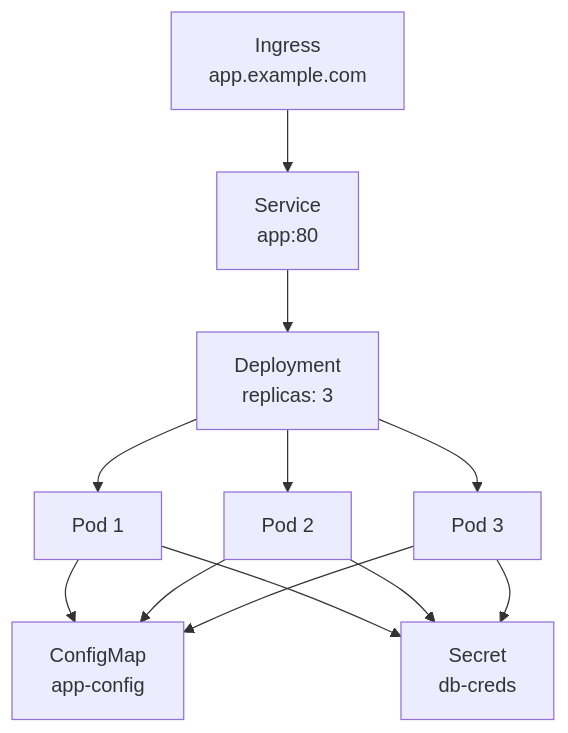
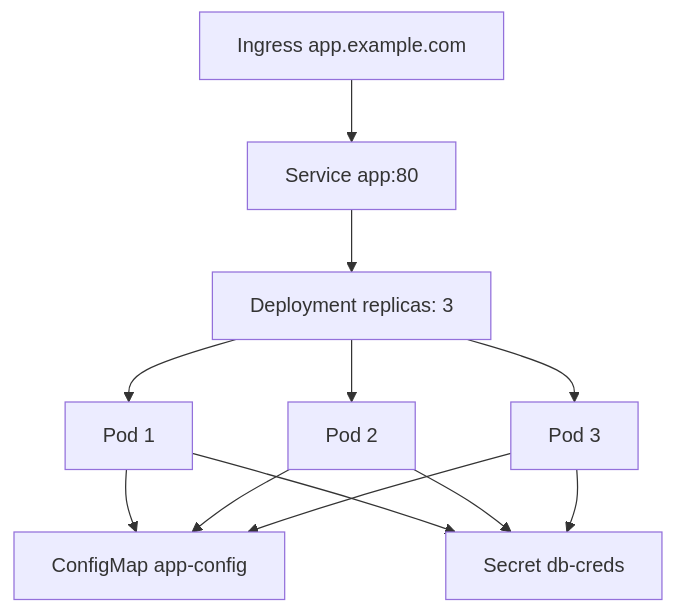
One commit to UncleJS/course_k3s changed the sixth of 6 diagrams in 03_first_steps/03_pods_deployments_services.md. Above: the diagram before and after it, drawn with Mermaid. The commit also changed other lines of this file and 57 other files, not shown here.

````diff
--- a/03_first_steps/03_pods_deployments_services.md
+++ b/03_first_steps/03_pods_deployments_services.md
@@ -462,10 +462,10 @@
 ```mermaid
 flowchart TD
-    I[Ingress\napp.example.com] --> SVC[Service\napp:80]
-    SVC --> D[Deployment\nreplicas: 3]
+    I[Ingress app.example.com] --> SVC[Service app:80]
+    SVC --> D[Deployment replicas: 3]
     D --> P1[Pod 1]
     D --> P2[Pod 2]
     D --> P3[Pod 3]
-    P1 & P2 & P3 --> CM[ConfigMap\napp-config]
-    P1 & P2 & P3 --> SEC[Secret\ndb-creds]
+    P1 & P2 & P3 --> CM[ConfigMap app-config]
+    P1 & P2 & P3 --> SEC[Secret db-creds]
 ```
````
